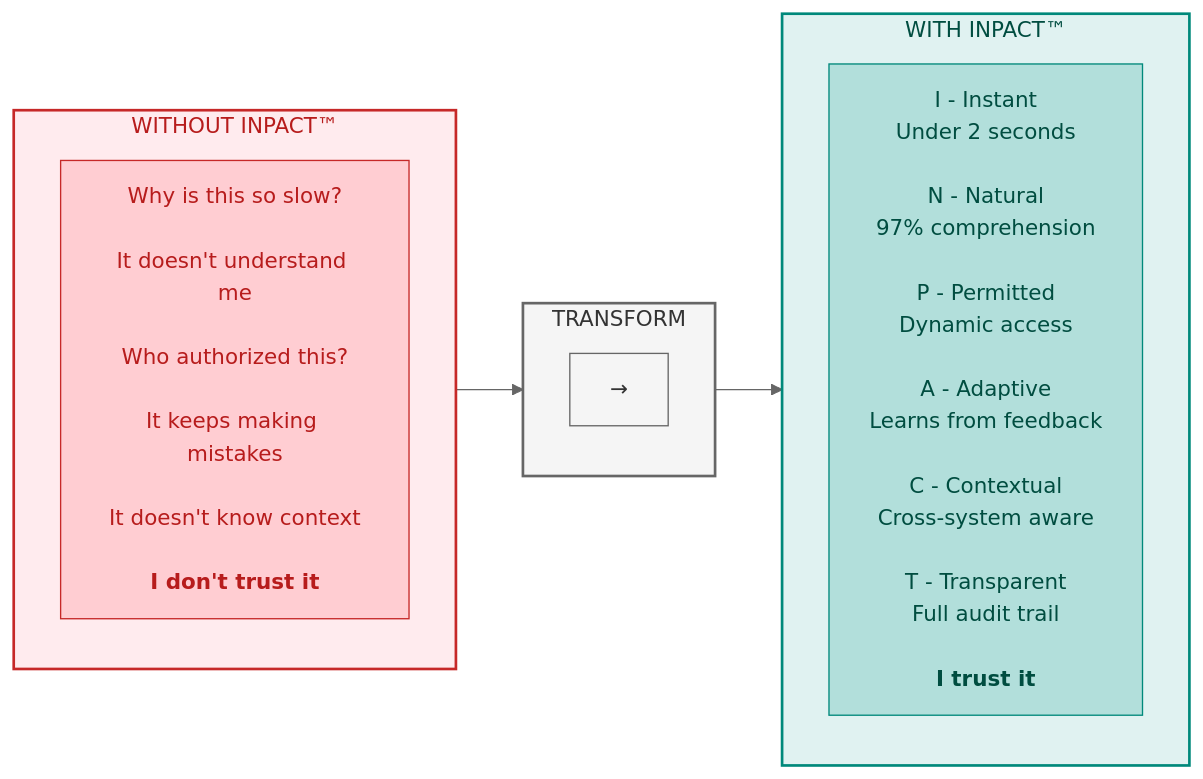
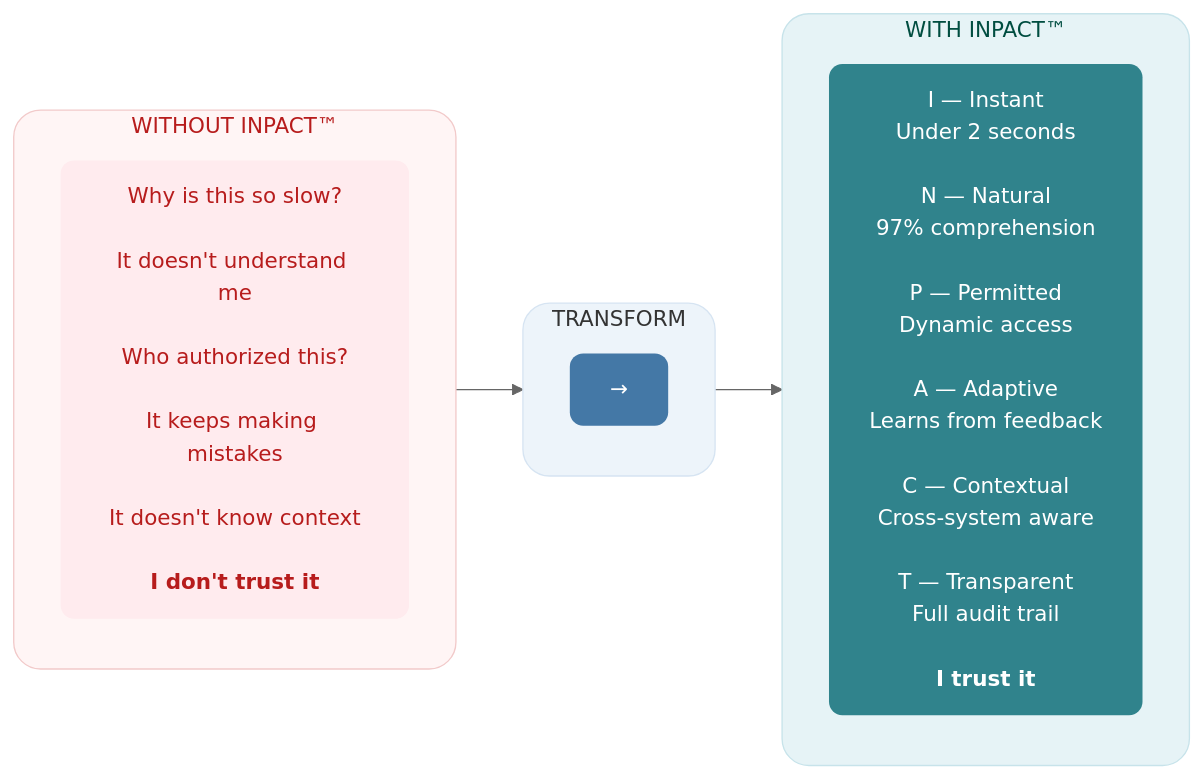
Before and after one commit to saitejesh-cyber/trust-before-intelligence-book: the first of 12 diagrams in manuscript/03_chapter_2_inpact_framework.md, drawn with Mermaid (neutral theme). The commit also changed other lines of this file and 4 other files, not shown here.

Commit message:
Chapter 1to5: Updated mermaid diagrams based on new colaberry color code

````diff
--- a/manuscript/03_chapter_2_inpact_framework.md
+++ b/manuscript/03_chapter_2_inpact_framework.md
@@ -23,29 +23,29 @@
 ```mermaid
 
 graph LR
     subgraph WITHOUT["WITHOUT INPACT™"]
         direction TB
         W1["Why is this so slow?<br/><br/>It doesn't understand me<br/><br/>Who authorized this?<br/><br/>It keeps making mistakes<br/><br/>It doesn't know context<br/><br/><b>I don't trust it</b>"]
     end
     
     subgraph TRANSFORM["TRANSFORM"]
         direction TB
         T1["→"]
     end
     
     subgraph WITH["WITH INPACT™"]
         direction TB
-        I1["I - Instant<br/>Under 2 seconds<br/><br/>N - Natural<br/>97% comprehension<br/><br/>P - Permitted<br/>Dynamic access<br/><br/>A - Adaptive<br/>Learns from feedback<br/><br/>C - Contextual<br/>Cross-system aware<br/><br/>T - Transparent<br/>Full audit trail</br></br><b>I trust it</b>"]
+        I1["I — Instant<br/>Under 2 seconds<br/><br/>N — Natural<br/>97% comprehension<br/><br/>P — Permitted<br/>Dynamic access<br/><br/>A — Adaptive<br/>Learns from feedback<br/><br/>C — Contextual<br/>Cross-system aware<br/><br/>T — Transparent<br/>Full audit trail</br></br><b>I trust it</b>"]
     end
     
     WITHOUT --> TRANSFORM --> WITH
     
-    style WITHOUT fill:#ffebee,stroke:#c62828,stroke-width:2px,color:#b71c1c
-    style TRANSFORM fill:#f5f5f5,stroke:#666666,stroke-width:2px,color:#333333
-    style WITH fill:#e0f2f1,stroke:#00897b,stroke-width:2px,color:#004d40
-    style W1 fill:#ffcdd2,stroke:#c62828,color:#b71c1c
-    style T1 fill:#f5f5f5,stroke:#666666,color:#333333
-    style I1 fill:#b2dfdb,stroke:#00897b,color:#004d40
+    style WITHOUT fill:#fff5f5,stroke:#f2caca,stroke-width:1px,color:#b71c1c,rx:20,ry:20
+    style W1 fill:#ffebee,stroke:none,color:#b71c1c,rx:10,ry:10
+    style TRANSFORM fill:#edf4fa,stroke:#d6e4f2,stroke-width:1px,color:#333333,rx:20,ry:20
+    style T1 fill:#4478A6,stroke:none,color:#ffffff,rx:10,ry:10
+    style WITH fill:#e6f3f6,stroke:#c7e3ea,stroke-width:1px,color:#004d40,rx:20,ry:20
+    style I1 fill:#30838C,stroke:none,color:#ffffff,rx:10,ry:10
     
 
 ```
````
